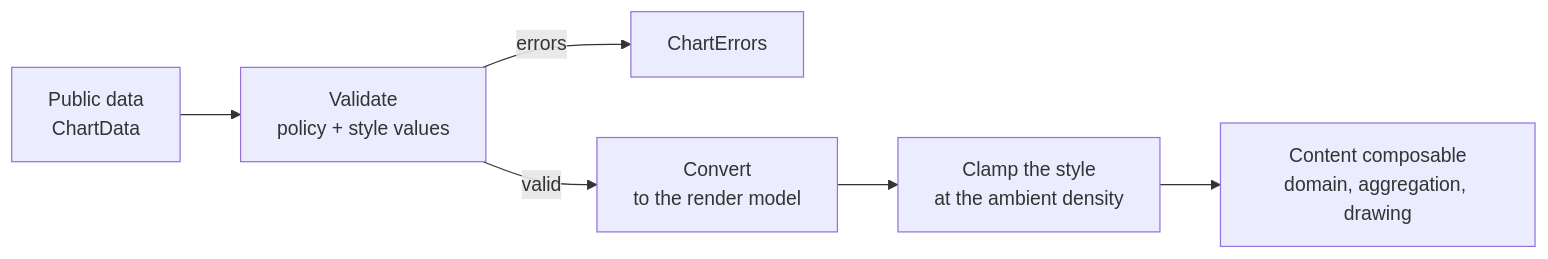
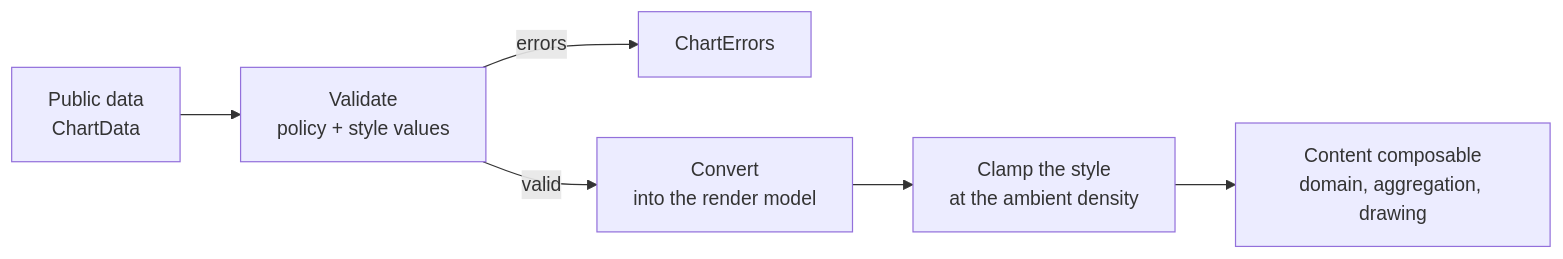
One commit to HDCharts/charts changed the diagram in docs/wiki/dev/internals/entry-seam.md. Above: the diagram before and after it, drawn with Mermaid. The commit also changed other lines of this file and 41 other files, not shown here.

Commit message:
refactor(core): hold the caller's data in the render model (#659)

````diff
--- a/docs/wiki/dev/internals/entry-seam.md
+++ b/docs/wiki/dev/internals/entry-seam.md
@@ -14,8 +14,8 @@
 ```mermaid
 flowchart LR
   D["Public data<br/>ChartData"] --> V["Validate<br/>policy + style values"]
   V -->|errors| E["ChartErrors"]
-  V -->|valid| C["Convert<br/>to the render model"]
+  V -->|valid| C["Convert<br/>into the render model"]
   C --> K["Clamp the style<br/>at the ambient density"]
   K --> R["Content composable<br/>domain, aggregation, drawing"]
 ```
````
